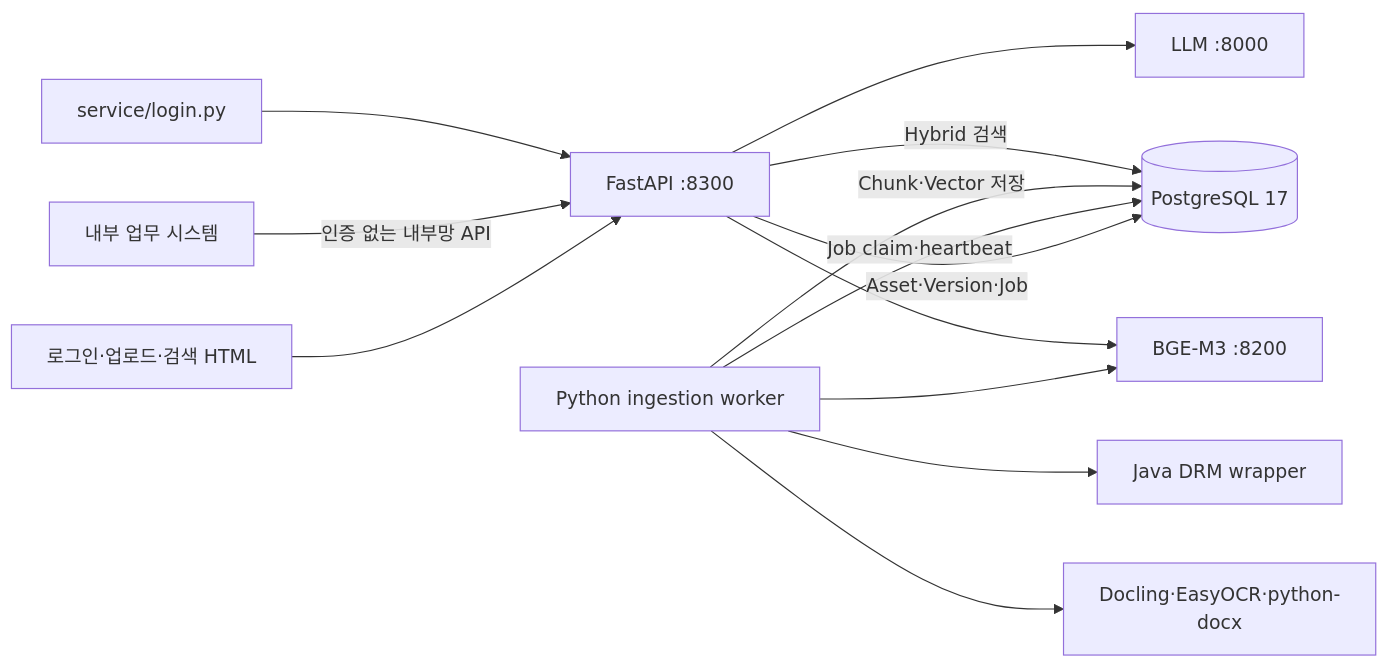
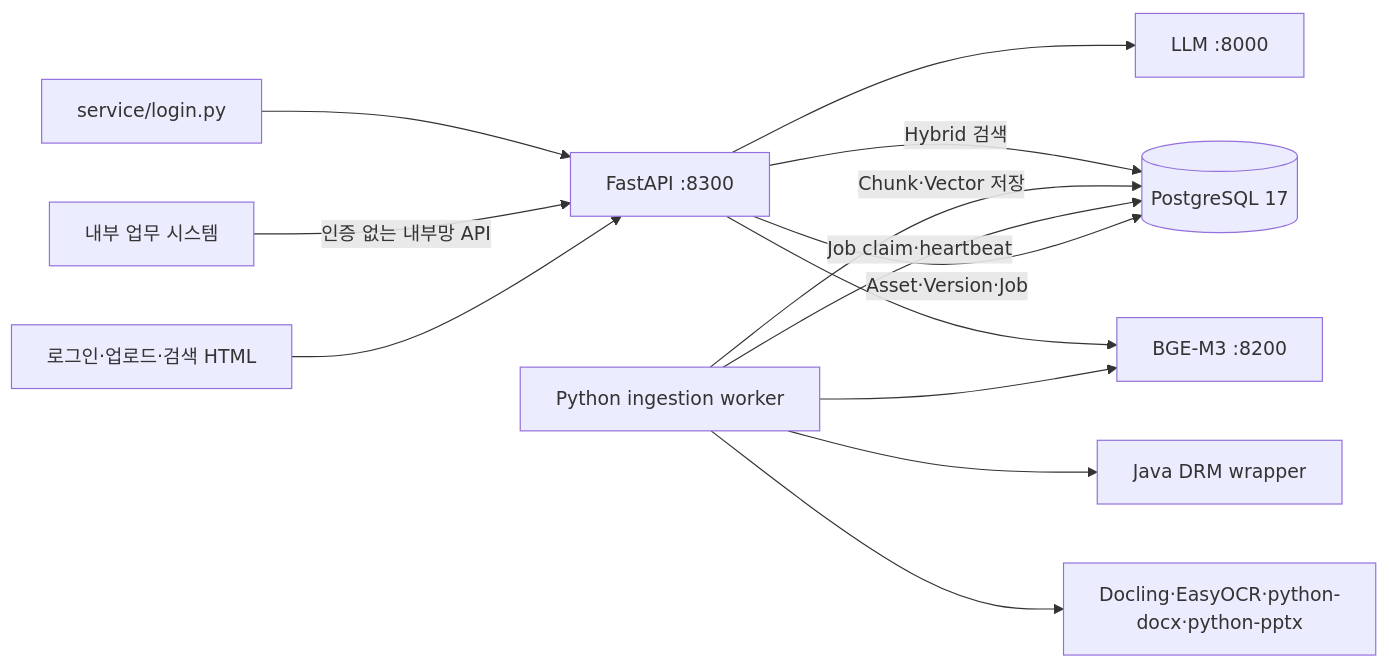
Before and after one commit to sngjng/ecm-rag: the diagram in OPERATIONS_MANUAL.md, drawn with Mermaid. The commit also changed other lines of this file and 45 other files, not shown here.

````diff
--- a/OPERATIONS_MANUAL.md
+++ b/OPERATIONS_MANUAL.md
@@ -36,15 +36,15 @@
 ```mermaid
 flowchart LR
     Browser[로그인·업로드·검색 HTML] --> API[FastAPI :8300]
     Internal[내부 업무 시스템] -->|인증 없는 내부망 API| API
     API -->|Asset·Version·Job| DB[(PostgreSQL 17)]
     Worker[Python ingestion worker] -->|Job claim·heartbeat| DB
     Worker --> DRM[Java DRM wrapper]
-    Worker --> Parser[Docling·EasyOCR·python-docx]
+    Worker --> Parser[Docling·EasyOCR·python-docx·python-pptx]
     Worker --> Embed[BGE-M3 :8200]
     Worker -->|Chunk·Vector 저장| DB
     API -->|Hybrid 검색| DB
     API --> Embed
     API --> LLM[LLM :8000]
     LoginPy[service/login.py] --> API
 ```
````
